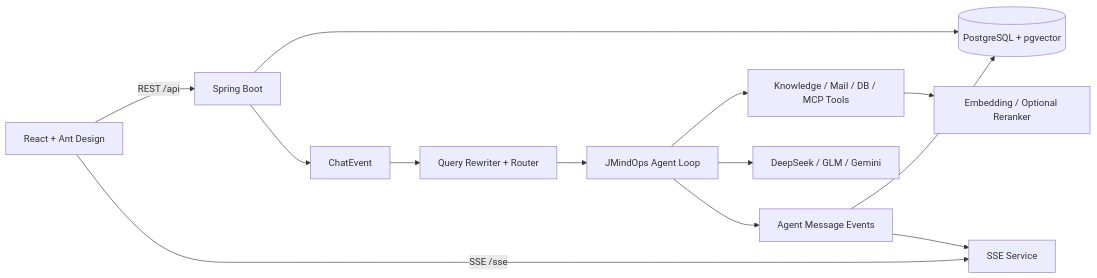
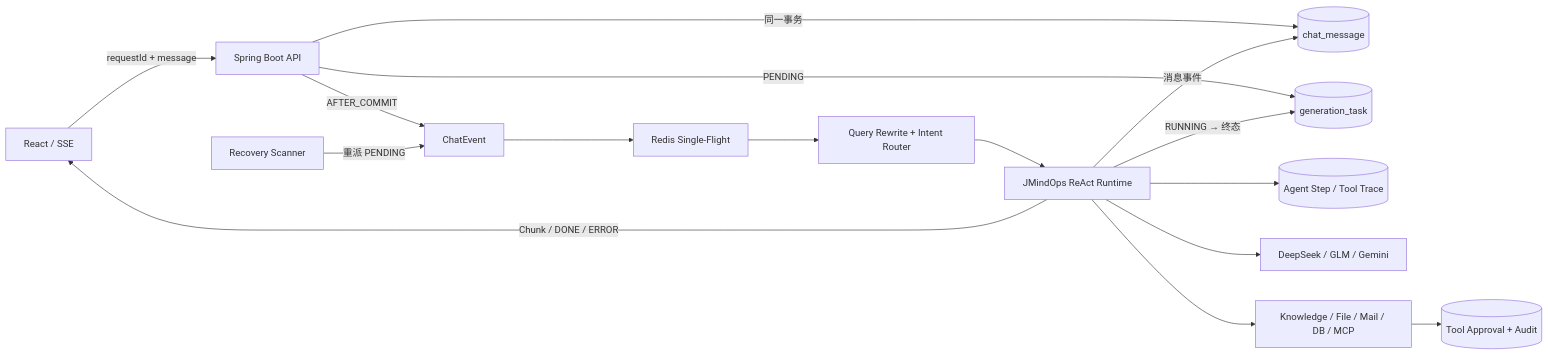
The diagram in README.md (Thehe01/JMindOps), drawn with Mermaid before and after one commit. The commit also changed other lines of this file and 179 other files, not shown here.

Commit message:
feat: implement agent task recovery, runtime governance, hybrid rag rerank, and evaluation suite

````diff
--- a/README.md
+++ b/README.md
@@ -17,15 +28,18 @@
 ```mermaid
 flowchart LR
-  UI[React + Ant Design] -->|REST /api| API[Spring Boot]
-  UI -->|SSE /sse| Stream[SSE Service]
-  API --> DB[(PostgreSQL + pgvector)]
-  API --> Event[ChatEvent]
-  Event --> Router[Query Rewriter + Router]
-  Router --> Agent[JMindOps Agent Loop]
-  Agent --> Tools[Knowledge / Mail / DB / MCP Tools]
-  Agent --> Model[DeepSeek / GLM / Gemini]
-  Agent --> Result[Agent Message Events]
-  Result --> DB
-  Result --> Stream
-  Tools --> Embedding[Embedding / Optional Reranker]
+  UI[React / SSE] -->|requestId + message| API[Spring Boot API]
+  API -->|同一事务| Message[(chat_message)]
+  API -->|PENDING| Task[(generation_task)]
+  API -->|AFTER_COMMIT| Event[ChatEvent]
+  Recovery[Recovery Scanner] -->|重派 PENDING| Event
+  Event --> Lock[Redis Single-Flight]
+  Lock --> Router[Query Rewrite + Intent Router]
+  Router --> Runtime[JMindOps ReAct Runtime]
+  Runtime --> Trace[(Agent Step / Tool Trace)]
+  Runtime --> Models[DeepSeek / GLM / Gemini]
+  Runtime --> Tools[Knowledge / File / Mail / DB / MCP]
+  Tools --> Approval[(Tool Approval + Audit)]
+  Runtime -->|消息事件| Message
+  Runtime -->|RUNNING → 终态| Task
+  Runtime -->|Chunk / DONE / ERROR| UI
 ```
````
